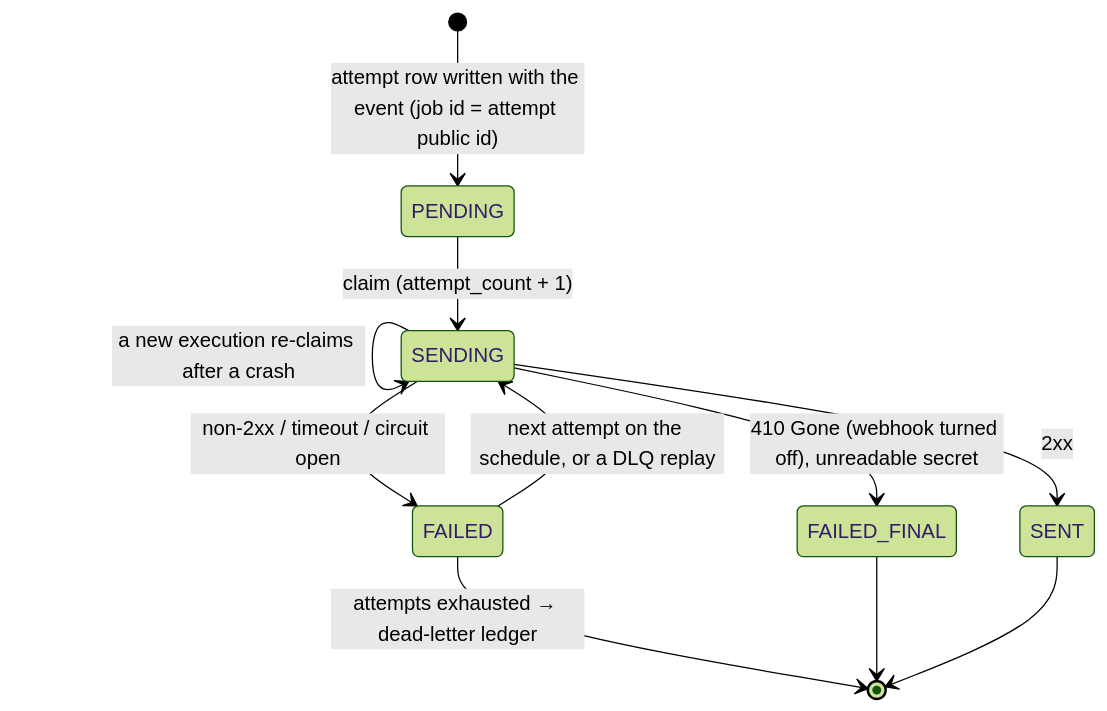
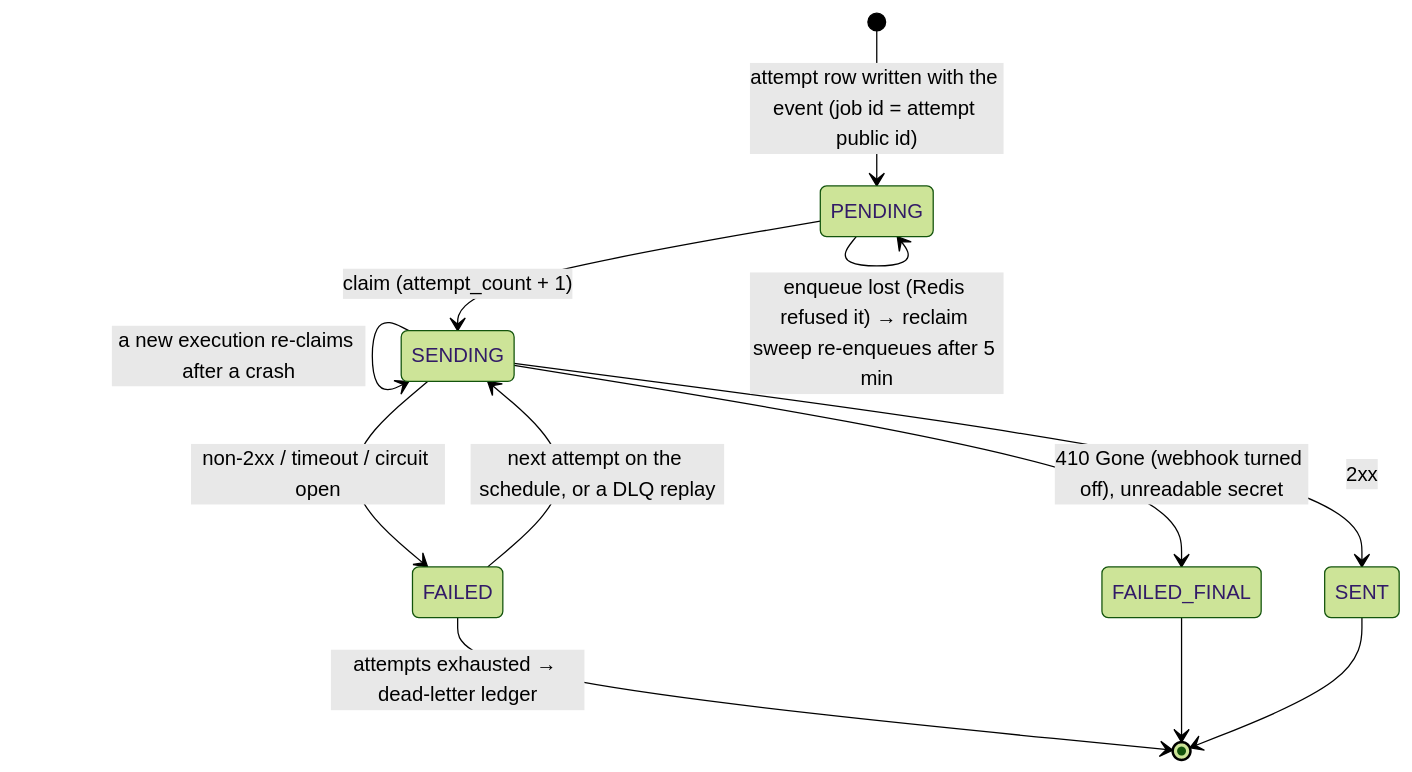
One commit to albetrios/clinozy-be changed the diagram in src/domains/notify/sub-domains/webhook/webhook-delivery/webhook-delivery.overview.md. Above: the diagram before and after it, drawn with Mermaid (forest theme). The commit also changed other lines of this file and 30 other files, not shown here.

````diff
--- a/src/domains/notify/sub-domains/webhook/webhook-delivery/webhook-delivery.overview.md
+++ b/src/domains/notify/sub-domains/webhook/webhook-delivery/webhook-delivery.overview.md
@@ -20,13 +20,14 @@
 ```mermaid
 stateDiagram-v2
   [*] --> PENDING: attempt row written with the event (job id = attempt public id)
+  PENDING --> PENDING: enqueue lost (Redis refused it) → reclaim sweep re-enqueues after 5 min
   PENDING --> SENDING: claim (attempt_count + 1)
   SENDING --> SENDING: a new execution re-claims after a crash
   SENDING --> SENT: 2xx
   SENDING --> FAILED: non-2xx / timeout / circuit open
   FAILED --> SENDING: next attempt on the schedule, or a DLQ replay
   SENDING --> FAILED_FINAL: 410 Gone (webhook turned off), unreadable secret
   FAILED --> [*]: attempts exhausted → dead-letter ledger
   FAILED_FINAL --> [*]
   SENT --> [*]
 ```
````
